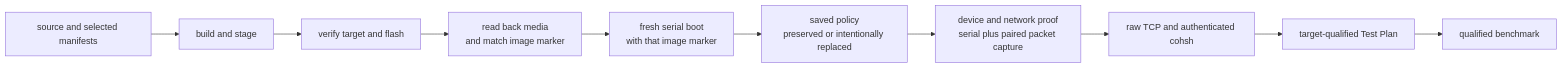
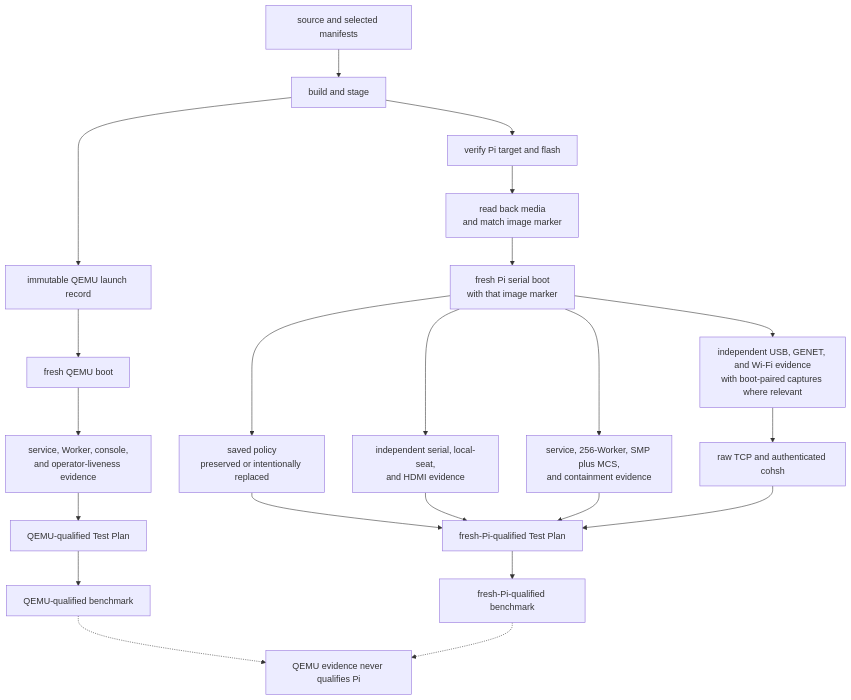
Before and after one commit to lukeb-aidev/cohesix: the diagram in docs/HARDWARE_BRINGUP.md, drawn with Mermaid. The commit also changed 7 other files, not shown here.

Commit message:
docs: align Mermaid diagrams with M26e

````diff
--- a/docs/HARDWARE_BRINGUP.md
+++ b/docs/HARDWARE_BRINGUP.md
@@ -51,12 +51,26 @@
 ```mermaid
-flowchart LR
+flowchart TB
   Source["source and selected manifests"] --> Build["build and stage"]
-  Build --> Flash["verify target and flash"]
+  Build --> QLaunch["immutable QEMU launch record"]
+  QLaunch --> QBoot["fresh QEMU boot"]
+  QBoot --> QLive["service, Worker, console,\nand operator-liveness evidence"]
+  QLive --> QPlan["QEMU-qualified Test Plan"]
+  QPlan --> QBenchmark["QEMU-qualified benchmark"]
+
+  Build --> Flash["verify Pi target and flash"]
   Flash --> Readback["read back media\nand match image marker"]
-  Readback --> Boot["fresh serial boot\nwith that image marker"]
-  Boot --> Policy["saved policy\npreserved or intentionally replaced"]
-  Policy --> Device["device and network proof\nserial plus paired packet capture"]
+  Readback --> PiBoot["fresh Pi serial boot\nwith that image marker"]
+  PiBoot --> Policy["saved policy\npreserved or intentionally replaced"]
+  PiBoot --> Operator["independent serial, local-seat,\nand HDMI evidence"]
+  PiBoot --> Runtime["service, 256-Worker, SMP plus MCS,\nand containment evidence"]
+  PiBoot --> Device["independent USB, GENET, and Wi-Fi evidence\nwith boot-paired captures where relevant"]
   Device --> Console["raw TCP and authenticated cohsh"]
-  Console --> TestPlan["target-qualified Test Plan"]
-  TestPlan --> Benchmark["qualified benchmark"]
+  Policy --> PiPlan["fresh-Pi-qualified Test Plan"]
+  Operator --> PiPlan
+  Runtime --> PiPlan
+  Console --> PiPlan
+  PiPlan --> PiBenchmark["fresh-Pi-qualified benchmark"]
+
+  QBenchmark -.-> Boundary["QEMU evidence never qualifies Pi"]
+  PiBenchmark -.-> Boundary
 ```
````
